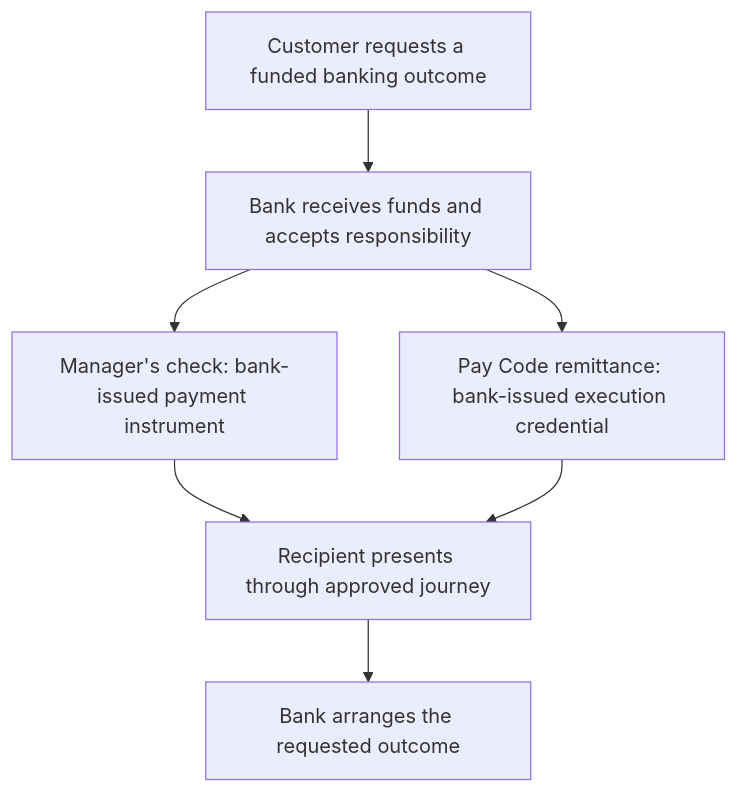
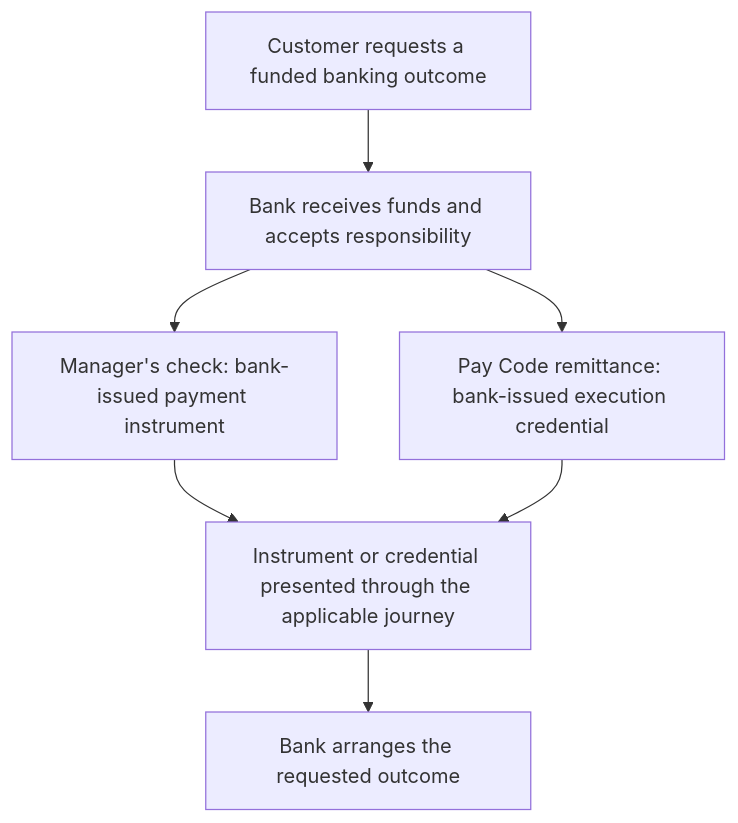
Before and after one commit to 3neti/x-change-monographs: diagram 18 of 25 in docs/editorial/program-guides/rbap/rbap-digital-banking-program-guide.md, drawn with Mermaid. The commit also changed other lines of this file and 7 other files, not shown here.

````diff
--- a/docs/editorial/program-guides/rbap/rbap-digital-banking-program-guide.md
+++ b/docs/editorial/program-guides/rbap/rbap-digital-banking-program-guide.md
@@ -1935,9 +1945,9 @@
 ```mermaid
 flowchart TB
     Request["Customer requests a funded banking outcome"] --> Bank["Bank receives funds and accepts responsibility"]
     Bank --> Check["Manager's check: bank-issued payment instrument"]
     Bank --> Code["Pay Code remittance: bank-issued execution credential"]
-    Check --> Present["Recipient presents through approved journey"]
+    Check --> Present["Instrument or credential presented through the applicable journey"]
     Code --> Present
     Present --> Outcome["Bank arranges the requested outcome"]
 ```
````
